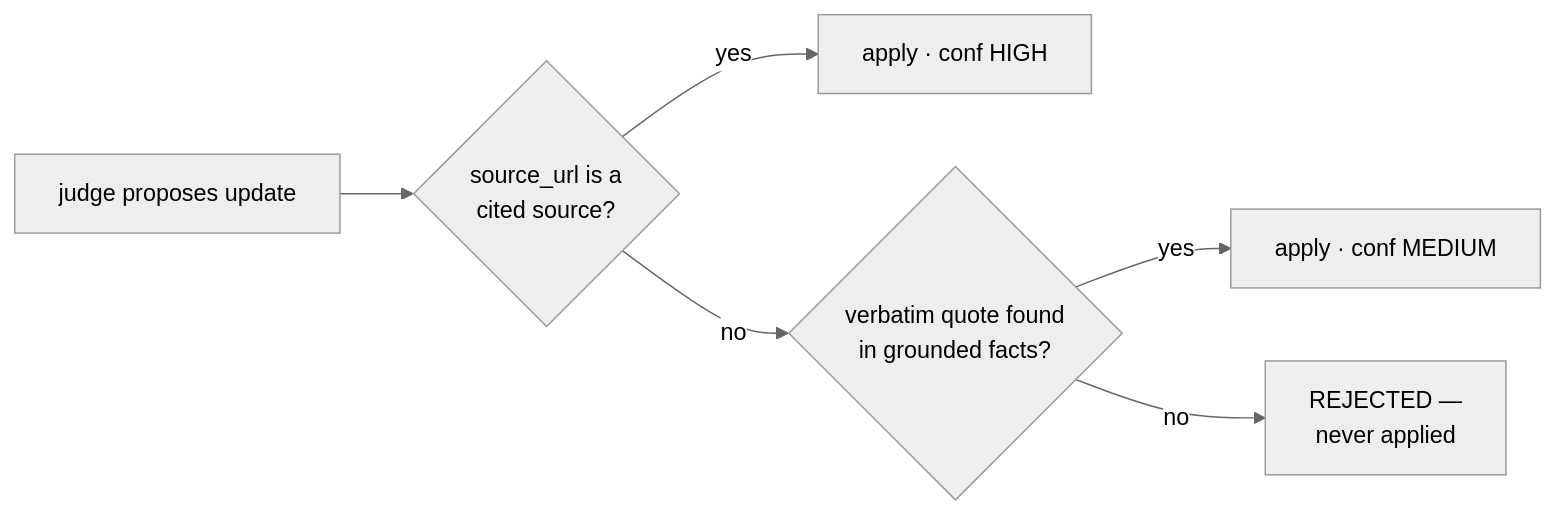
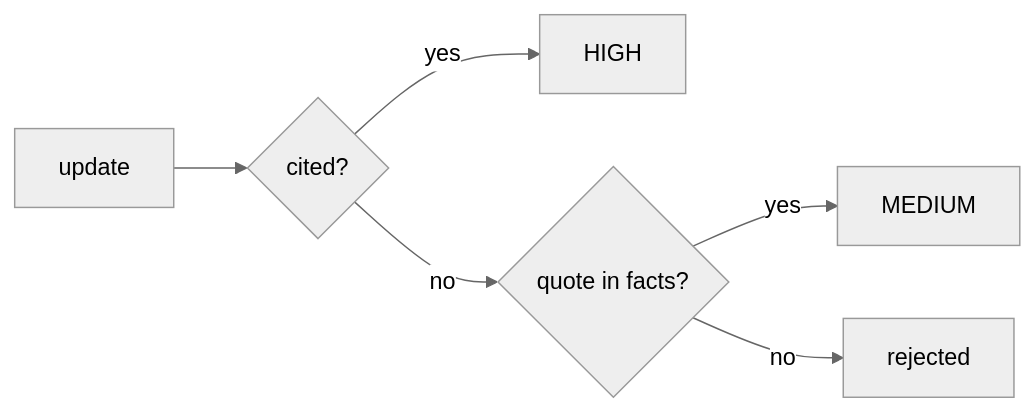
One commit to nebiyuelias1/litloop-otari-slides changed the second of 4 diagrams in presentation.md. Above: the diagram before and after it, drawn with Mermaid (neutral theme). The commit also changed other lines of this file and 2 other files, not shown here.

Commit message:
restructure: code-level architecture diagram (classes × models), covers flow diagram, compact cite-gates, code-exec DNA, bio close with photo — drop live results/tradeoffs/checklist

````diff
--- a/presentation.md
+++ b/presentation.md
@@ -77,8 +63,8 @@
 ```mermaid +render
 flowchart LR
-  UP["judge proposes update"] --> Q1{"source_url is a<br/>cited source?"}
-  Q1 -- yes --> H["apply · conf HIGH"]
-  Q1 -- no --> Q2{"verbatim quote found<br/>in grounded facts?"}
-  Q2 -- yes --> M["apply · conf MEDIUM"]
-  Q2 -- no --> N["REJECTED —<br/>never applied"]
+  P["update"] --> Q1{"cited?"}
+  Q1 -- yes --> H["HIGH"]
+  Q1 -- no --> Q2{"quote in facts?"}
+  Q2 -- yes --> M["MEDIUM"]
+  Q2 -- no --> X["rejected"]
 ```
````
